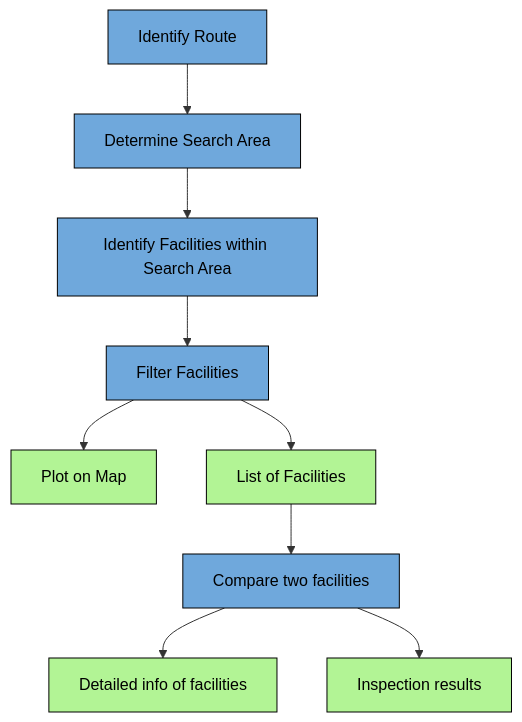
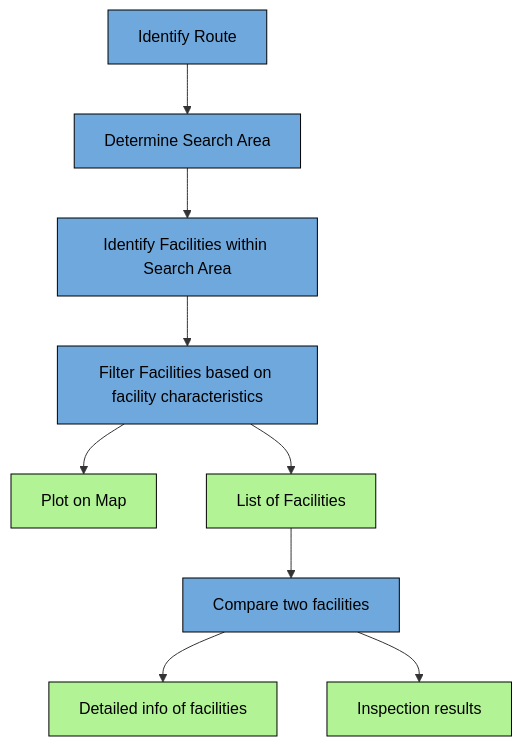
One commit to abidgen/nyc_childcare_finder changed the diagram in README.md. Above: the diagram before and after it, drawn with Mermaid.

````diff
--- a/README.md
+++ b/README.md
@@ -32,15 +32,15 @@
 ```mermaid
 flowchart TD
     A[Identify Route]:::process --> B[Determine Search Area]:::process
     B --> C[Identify Facilities within Search Area]:::process
-    C --> D[Filter Facilities]:::process
+    C --> D[Filter Facilities based on facility characteristics]:::process
     D --> E[Plot on Map]:::result
     D --> F[List of Facilities]:::result
     F --> G[Compare two facilities]:::process
     G --> H[Detailed info of facilities]:::result 
     G --> I[Inspection results]:::result
     
     classDef process fill:#6fa8dc,stroke:#000,stroke-width:1px,color:#000;
     classDef result fill:#b2f495,stroke:#000,stroke-width:1px,color:#000;
 
 ```
````
